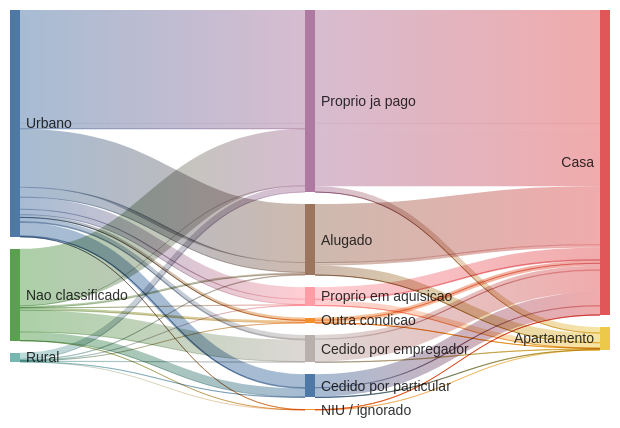
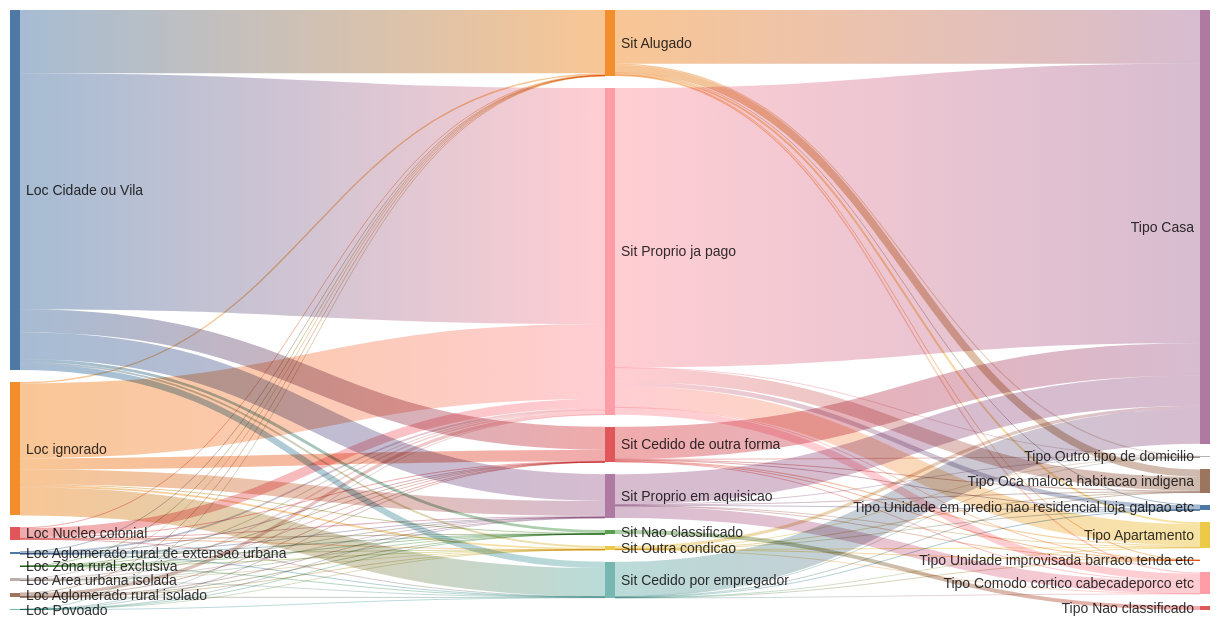
One commit to rafapolo/IBGE13 changed the third of 5 diagrams in fluxos.md. Above: the diagram before and after it, drawn with Mermaid. The commit also changed other lines of this file and 1 other file, not shown here.

Commit message:
add fluxos md/pdf

````diff
--- a/fluxos.md
+++ b/fluxos.md
@@ -27,116 +109,108 @@
 config:
   sankey:
     showValues: false
+    width: 1200
+    height: 600
 ---
+sankey-beta
+  Loc Aglomerado rural de extensao urbana,Sit Alugado,8375
+  Loc Aglomerado rural de extensao urbana,Sit Cedido de outra forma,6122
+  Loc Aglomerado rural de extensao urbana,Sit Cedido por empregador,6815
+  Loc Aglomerado rural de extensao urbana,Sit Nao classificado,580
+  Loc Aglomerado rural de extensao urbana,Sit Outra condicao,514
+  Loc Aglomerado rural de extensao urbana,Sit Proprio em aquisicao,6156
+  Loc Aglomerado rural de extensao urbana,Sit Proprio ja pago,57251
+  Loc Aglomerado rural isolado,Sit Alugado,9310
+  Loc Aglomerado rural isolado,Sit Cedido de outra forma,5654
+  Loc Aglomerado rural isolado,Sit Cedido por empregador,2808
+  Loc Aglomerado rural isolado,Sit Nao classificado,585
+  Loc Aglomerado rural isolado,Sit Outra condicao,892
+  Loc Aglomerado rural isolado,Sit Proprio em aquisicao,19368
+  Loc Aglomerado rural isolado,Sit Proprio ja pago,106603
+  Loc Area urbana isolada,Sit Alugado,6734
+  Loc Area urbana isolada,Sit Cedido de outra forma,5982
+  Loc Area urbana isolada,Sit Cedido por empregador,13437
+  Loc Area urbana isolada,Sit Nao classificado,937
+  Loc Area urbana isolada,Sit Outra condicao,754
+  Loc Area urbana isolada,Sit Proprio em aquisicao,7707
+  Loc Area urbana isolada,Sit Proprio ja pago,47955
+  Loc Cidade ou Vila,Sit Alugado,2089471
+  Loc Cidade ou Vila,Sit Cedido de outra forma,759162
+  Loc Cidade ou Vila,Sit Cedido por empregador,206631
+  Loc Cidade ou Vila,Sit Nao classificado,94259
+  Loc Cidade ou Vila,Sit Outra condicao,60118
+  Loc Cidade ou Vila,Sit Proprio em aquisicao,887345
+  Loc Cidade ou Vila,Sit Proprio ja pago,7795740
+  Loc ignorado,Sit Alugado,47031
+  Loc ignorado,Sit Cedido de outra forma,370395
+  Loc ignorado,Sit Cedido por empregador,934760
+  Loc ignorado,Sit Nao classificado,32430
+  Loc ignorado,Sit Outra condicao,59016
+  Loc ignorado,Sit Proprio em aquisicao,491894
+  Loc ignorado,Sit Proprio ja pago,2472469
+  Loc Nucleo colonial,Sit Alugado,18613
+  Loc Nucleo colonial,Sit Cedido de outra forma,23966
+  Loc Nucleo colonial,Sit Cedido por empregador,13288
+  Loc Nucleo colonial,Sit Nao classificado,2708
+  Loc Nucleo colonial,Sit Outra condicao,2421
+  Loc Nucleo colonial,Sit Proprio em aquisicao,34871
+  Loc Nucleo colonial,Sit Proprio ja pago,302623
+  Loc Povoado,Sit Alugado,3817
+  Loc Povoado,Sit Cedido de outra forma,313
+  Loc Povoado,Sit Cedido por empregador,16409
+  Loc Povoado,Sit Nao classificado,525
+  Loc Povoado,Sit Outra condicao,288
+  Loc Povoado,Sit Proprio em aquisicao,533
+  Loc Povoado,Sit Proprio ja pago,2349
+  Loc Zona rural exclusiva,Sit Alugado,368
+  Loc Zona rural exclusiva,Sit Cedido de outra forma,328
+  Loc Zona rural exclusiva,Sit Cedido por empregador,679
+  Loc Zona rural exclusiva,Sit Nao classificado,383
+  Loc Zona rural exclusiva,Sit Outra condicao,70
+  Loc Zona rural exclusiva,Sit Proprio em aquisicao,369
+  Loc Zona rural exclusiva,Sit Proprio ja pago,5529
+  Sit Alugado,Tipo Apartamento,66678
+  Sit Alugado,Tipo Casa,1772472
+  Sit Alugado,Tipo Comodo cortico cabecadeporco etc,41940
+  Sit Alugado,Tipo Oca maloca habitacao indigena,247780
+  Sit Alugado,Tipo Outro tipo de domicilio,34482
+  Sit Alugado,Tipo Unidade em predio nao residencial loja galpao etc,18951
+  Sit Alugado,Tipo Unidade improvisada barraco tenda etc,1416
+  Sit Cedido de outra forma,Tipo Apartamento,39443
+  Sit Cedido de outra forma,Tipo Casa,1069614
+  Sit Cedido de outra forma,Tipo Comodo cortico cabecadeporco etc,21893
+  Sit Cedido de outra forma,Tipo Oca maloca habitacao indigena,28353
+  Sit Cedido de outra forma,Tipo Outro tipo de domicilio,7413
+  Sit Cedido de outra forma,Tipo Unidade em predio nao residencial loja galpao etc,4966
+  Sit Cedido de outra forma,Tipo Unidade improvisada barraco tenda etc,240
+  Sit Cedido por empregador,Tipo Apartamento,15743
+  Sit Cedido por empregador,Tipo Casa,1150444
+  Sit Cedido por empregador,Tipo Comodo cortico cabecadeporco etc,5137
+  Sit Cedido por empregador,Tipo Oca maloca habitacao indigena,20849
+  Sit Cedido por empregador,Tipo Outro tipo de domicilio,2264
+  Sit Cedido por empregador,Tipo Unidade em predio nao residencial loja galpao etc,368
+  Sit Cedido por empregador,Tipo Unidade improvisada barraco tenda etc,22
+  Sit Nao classificado,Tipo Nao classificado,132407
+  Sit Outra condicao,Tipo Apartamento,9140
+  Sit Outra condicao,Tipo Casa,102627
+  Sit Outra condicao,Tipo Comodo cortico cabecadeporco etc,7642
+  Sit Outra condicao,Tipo Oca maloca habitacao indigena,2449
+  Sit Outra condicao,Tipo Outro tipo de domicilio,1336
+  Sit Outra condicao,Tipo Unidade em predio nao residencial loja galpao etc,829
+  Sit Outra condicao,Tipo Unidade improvisada barraco tenda etc,50
+  Sit Proprio em aquisicao,Tipo Apartamento,18875
+  Sit Proprio em aquisicao,Tipo Casa,1003340
+  Sit Proprio em aquisicao,Tipo Comodo cortico cabecadeporco etc,393779
+  Sit Proprio em aquisicao,Tipo Oca maloca habitacao indigena,19784
+  Sit Proprio em aquisicao,Tipo Outro tipo de domicilio,2798
+  Sit Proprio em aquisicao,Tipo Unidade em predio nao residencial loja galpao etc,6985
+  Sit Proprio em aquisicao,Tipo Unidade improvisada barraco tenda etc,2682
+  Sit Proprio ja pago,Tipo Apartamento,709720
+  Sit Proprio ja pago,Tipo Casa,9229077
+  Sit Proprio ja pago,Tipo Comodo cortico cabecadeporco etc,242178
+  Sit Proprio ja pago,Tipo Oca maloca habitacao indigena,452334
+  Sit Proprio ja pago,Tipo Outro tipo de domicilio,7102
+  Sit Proprio ja pago,Tipo Unidade em predio nao residencial loja galpao etc,147814
+  Sit Proprio ja pago,Tipo Unidade improvisada barraco tenda etc,2294
 
-%%{init: {'sankey': {'showValues': false}} }%%
-sankey
-Urbano,Outra condicao,51825
-Outra condicao,Casa,51825
-Urbano,Outra condicao,339
-Outra condicao,Casa,339
-Rural,Outra condicao,3323
-Outra condicao,Casa,3323
-Nao classificado,Outra condicao,46878
-Outra condicao,Casa,46878
-Urbano,Outra condicao,3085
-Outra condicao,Apartamento,3085
-Urbano,Outra condicao,3
-Outra condicao,Apartamento,3
-Rural,Outra condicao,7
-Outra condicao,Apartamento,7
-Nao classificado,Outra condicao,36
-Outra condicao,Apartamento,36
-Urbano,Proprio ja pago,2219461
-Proprio ja pago,Casa,2219461
-Urbano,Proprio ja pago,15503
-Proprio ja pago,Casa,15503
-Rural,Proprio ja pago,124613
-Proprio ja pago,Casa,124613
-Nao classificado,Proprio ja pago,1124727
-Proprio ja pago,Casa,1124727
-Urbano,Proprio ja pago,115070
-Proprio ja pago,Apartamento,115070
-Urbano,Proprio ja pago,33
-Proprio ja pago,Apartamento,33
-Rural,Proprio ja pago,115
-Proprio ja pago,Apartamento,115
-Nao classificado,Proprio ja pago,434
-Proprio ja pago,Apartamento,434
-Urbano,Proprio em aquisicao,238177
-Proprio em aquisicao,Casa,238177
-Urbano,Proprio em aquisicao,1210
-Proprio em aquisicao,Casa,1210
-Rural,Proprio em aquisicao,10467
-Proprio em aquisicao,Casa,10467
-Nao classificado,Proprio em aquisicao,8212
-Proprio em aquisicao,Casa,8212
-Urbano,Proprio em aquisicao,106300
-Proprio em aquisicao,Apartamento,106300
-Urbano,Proprio em aquisicao,2
-Proprio em aquisicao,Apartamento,2
-Rural,Proprio em aquisicao,688
-Proprio em aquisicao,Apartamento,688
-Nao classificado,Proprio em aquisicao,18
-Proprio em aquisicao,Apartamento,18
-Urbano,Alugado,1151628
-Alugado,Casa,1151628
-Urbano,Alugado,6033
-Alugado,Casa,6033
-Rural,Alugado,19365
-Alugado,Casa,19365
-Nao classificado,Alugado,34447
-Alugado,Casa,34447
-Urbano,Alugado,191864
-Alugado,Apartamento,191864
-Urbano,Alugado,65
-Alugado,Apartamento,65
-Rural,Alugado,207
-Alugado,Apartamento,207
-Nao classificado,Alugado,224
-Alugado,Apartamento,224
-Urbano,Cedido por empregador,80523
-Cedido por empregador,Casa,80523
-Urbano,Cedido por empregador,1876
-Cedido por empregador,Casa,1876
-Rural,Cedido por empregador,13125
-Cedido por empregador,Casa,13125
-Nao classificado,Cedido por empregador,428734
-Cedido por empregador,Casa,428734
-Urbano,Cedido por empregador,15498
-Cedido por empregador,Apartamento,15498
-Urbano,Cedido por empregador,17
-Cedido por empregador,Apartamento,17
-Rural,Cedido por empregador,40
-Cedido por empregador,Apartamento,40
-Nao classificado,Cedido por empregador,342
-Cedido por empregador,Apartamento,342
-Urbano,Cedido por particular,262234
-Cedido por particular,Casa,262234
-Urbano,Cedido por particular,1899
-Cedido por particular,Casa,1899
-Rural,Cedido por particular,8797
-Cedido por particular,Casa,8797
-Nao classificado,Cedido por particular,170360
-Cedido por particular,Casa,170360
-Urbano,Cedido por particular,15030
-Cedido por particular,Apartamento,15030
-Urbano,Cedido por particular,11
-Cedido por particular,Apartamento,11
-Rural,Cedido por particular,39
-Cedido por particular,Apartamento,39
-Nao classificado,Cedido por particular,118
-Cedido por particular,Apartamento,118
-Urbano,NIU / ignorado,5012
-NIU / ignorado,Casa,5012
-Urbano,NIU / ignorado,38
-NIU / ignorado,Casa,38
-Rural,NIU / ignorado,437
-NIU / ignorado,Casa,437
-Nao classificado,NIU / ignorado,3632
-NIU / ignorado,Casa,3632
-Urbano,NIU / ignorado,1415
-NIU / ignorado,Apartamento,1415
-Nao classificado,NIU / ignorado,5
-NIU / ignorado,Apartamento,5
-```
+  ```
````
